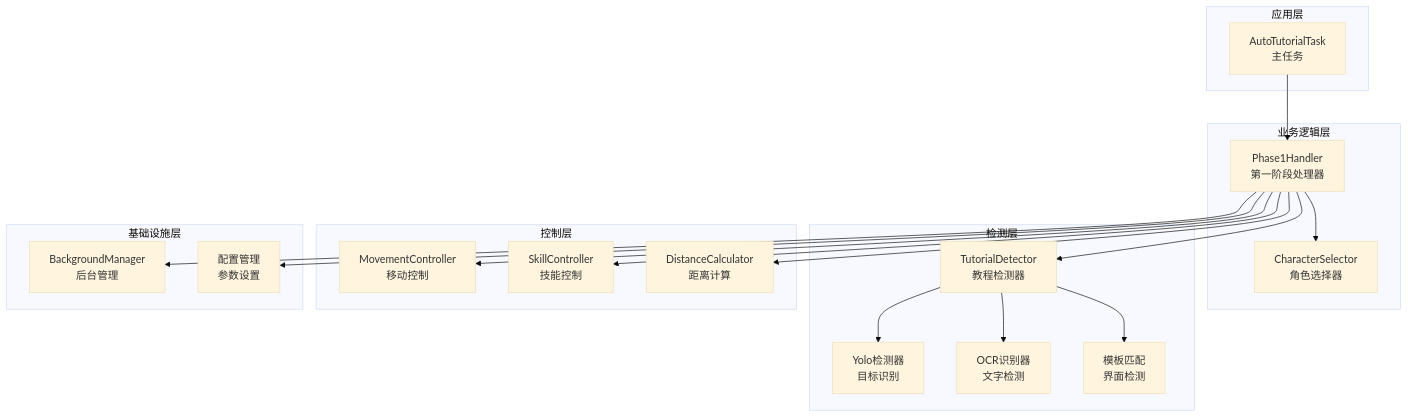
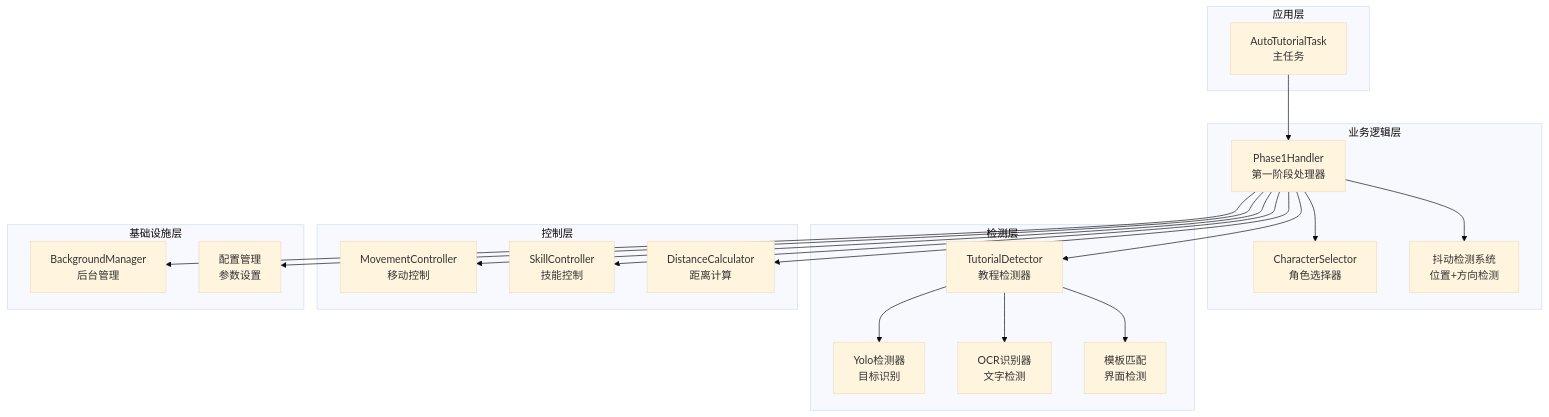
One commit to xsy098-max/ok-jump changed the third of 5 diagrams in .qoder/repowiki/zh/content/Tutorial Phase1 Handler.md. Above: the diagram before and after it, drawn with Mermaid (base theme). The commit also changed other lines of this file and 14 other files, not shown here.

````diff
--- a/.qoder/repowiki/zh/content/Tutorial Phase1 Handler.md
+++ b/.qoder/repowiki/zh/content/Tutorial Phase1 Handler.md
@@ -137,36 +151,38 @@
 ```mermaid
 graph TB
 subgraph "应用层"
 AT[AutoTutorialTask<br/>主任务]
 end
 subgraph "业务逻辑层"
 PH[Phase1Handler<br/>第一阶段处理器]
 CS[CharacterSelector<br/>角色选择器]
+JDS[抖动检测系统<br/>位置+方向检测]
 end
 subgraph "检测层"
 TD[TutorialDetector<br/>教程检测器]
 YOLO[Yolo检测器<br/>目标识别]
 OCR[OCR识别器<br/>文字检测]
 TM[模板匹配<br/>界面检测]
 end
 subgraph "控制层"
 MC[MovementController<br/>移动控制]
 SC[SkillController<br/>技能控制]
 DC[DistanceCalculator<br/>距离计算]
 end
 subgraph "基础设施层"
 BM[BackgroundManager<br/>后台管理]
 CFG[配置管理<br/>参数设置]
 end
 AT --> PH
 PH --> CS
 PH --> TD
+PH --> JDS
 PH --> MC
 PH --> SC
 PH --> DC
 TD --> YOLO
 TD --> OCR
 TD --> TM
 PH --> BM
 PH --> CFG
 ```
````
